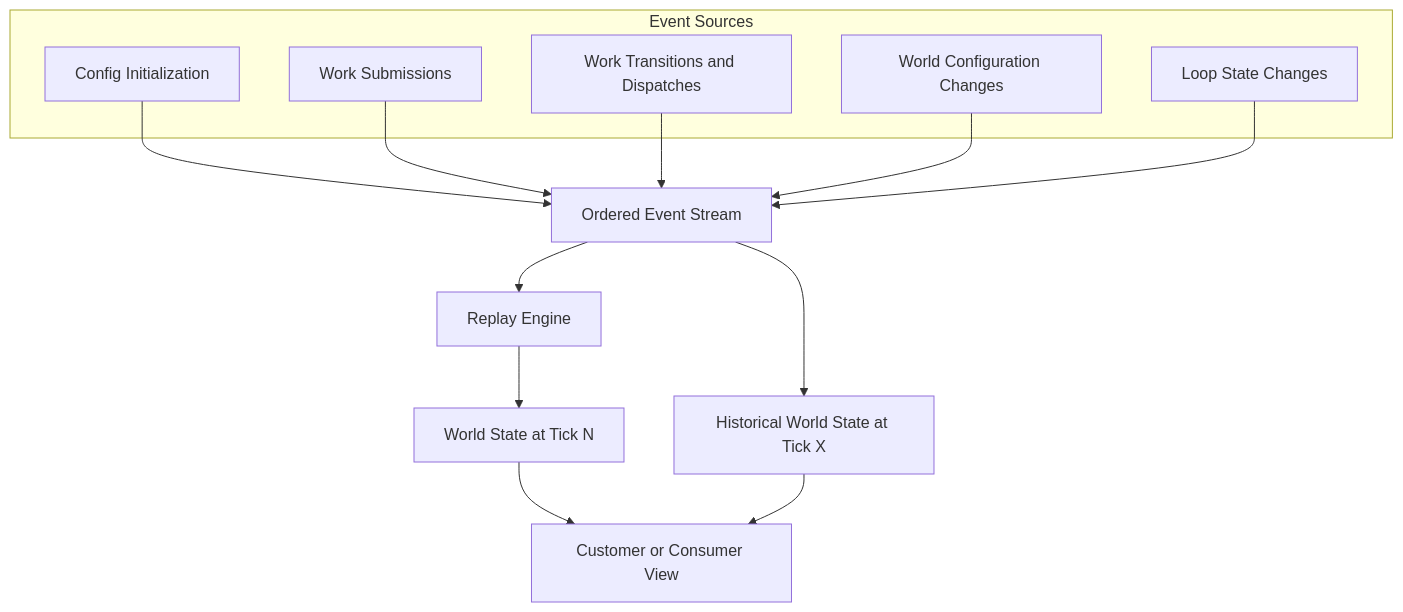
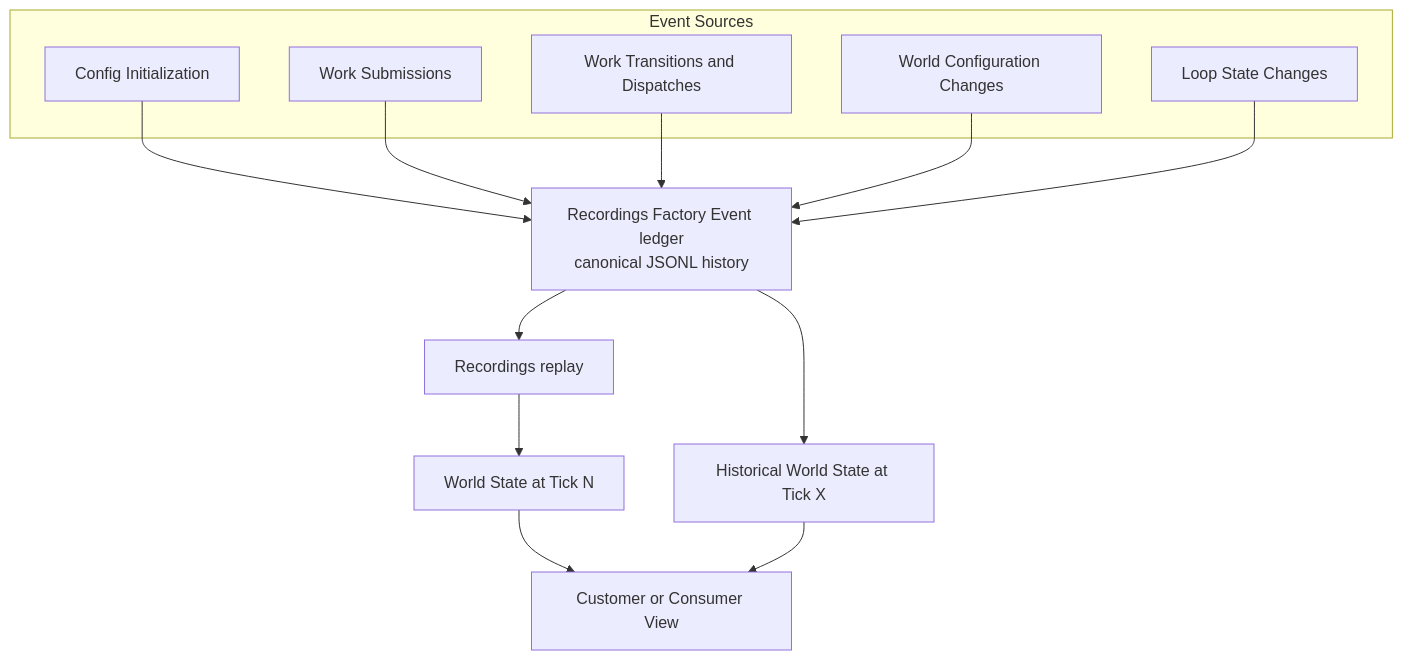
Before and after one commit to portpowered/you-agent-factory: the fifth of 8 diagrams in docs/architecture/architecture.md, drawn with Mermaid. The commit also changed other lines of this file and 1 other file, not shown here.

````diff
--- a/docs/architecture/architecture.md
+++ b/docs/architecture/architecture.md
@@ -290,27 +260,27 @@
 ```mermaid
 flowchart TB
     subgraph Sources[Event Sources]
         e1[Config Initialization]
         e2[Work Submissions]
         e3[Work Transitions and Dispatches]
         e4[World Configuration Changes]
         e5[Loop State Changes]
     end
 
-    stream[Ordered Event Stream]
-    replay[Replay Engine]
+    ledger[Recordings Factory Event ledger\ncanonical JSONL history]
+    replay[Recordings replay]
     snap[World State at Tick N]
     hist[Historical World State at Tick X]
     customer[Customer or Consumer View]
 
-    e1 --> stream
-    e2 --> stream
-    e3 --> stream
-    e4 --> stream
-    e5 --> stream
-    stream --> replay
+    e1 --> ledger
+    e2 --> ledger
+    e3 --> ledger
+    e4 --> ledger
+    e5 --> ledger
+    ledger --> replay
     replay --> snap
-    stream --> hist
+    ledger --> hist
     snap --> customer
     hist --> customer
 ```
````
